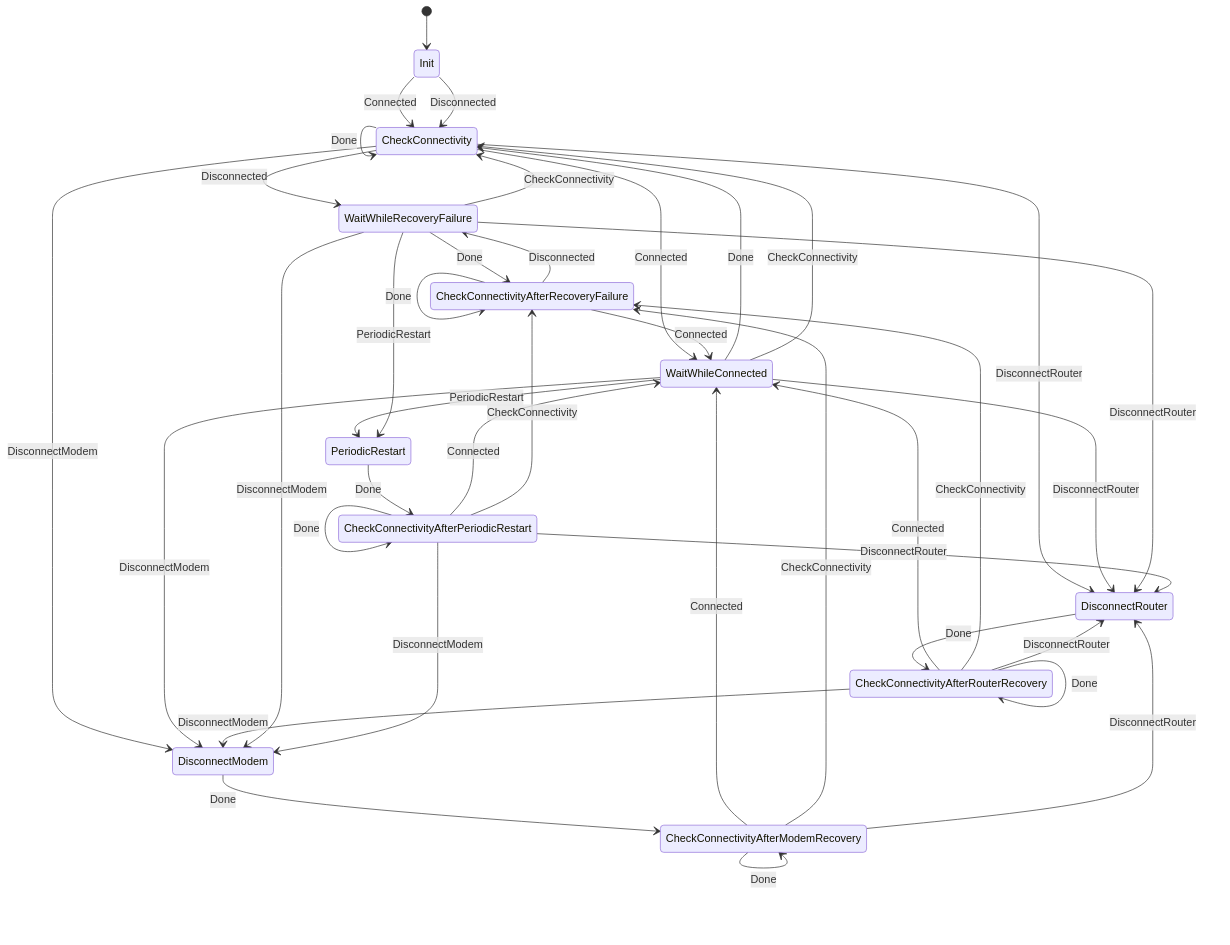
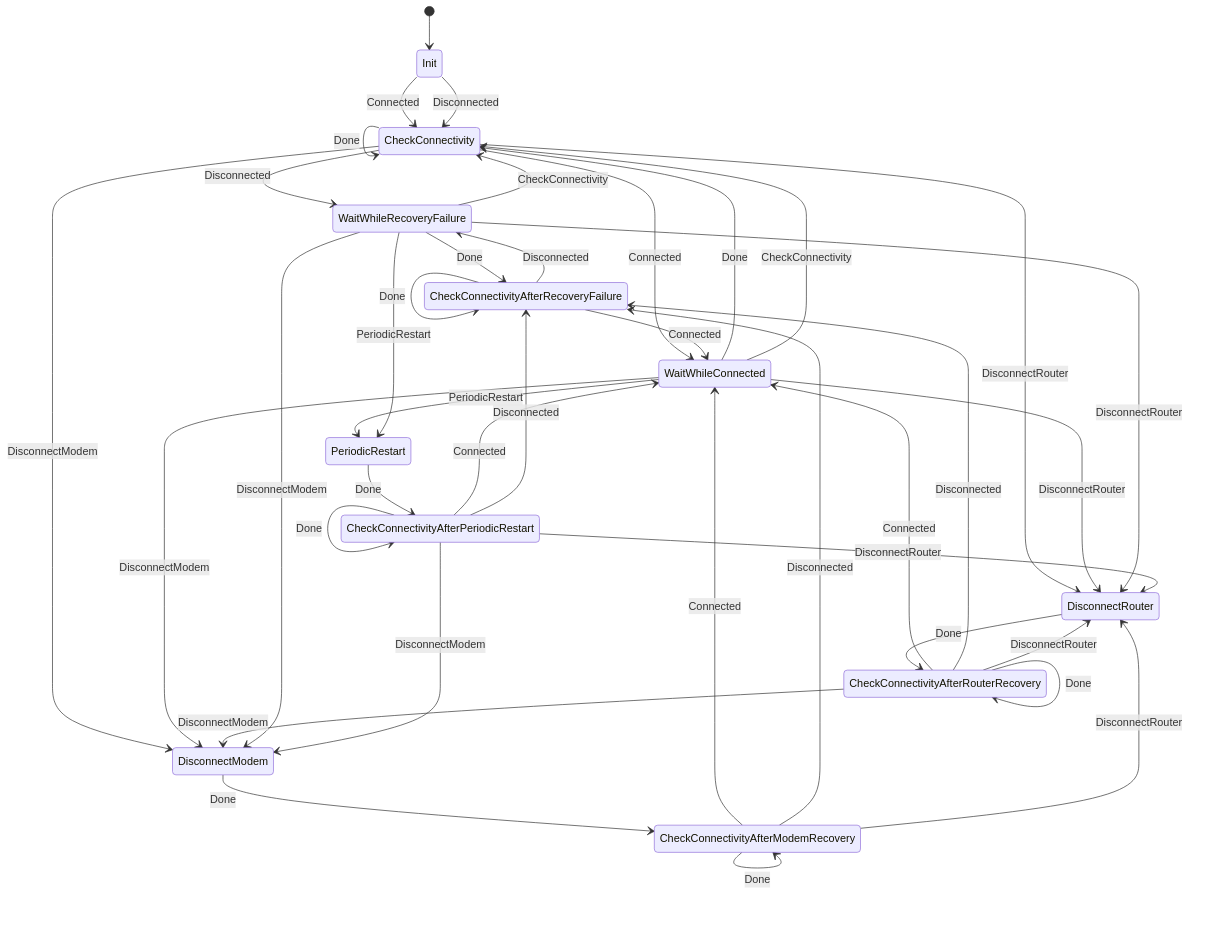
Before and after one commit to boazf/IWG: the diagram in images/recovery_state_machine.md, drawn with Mermaid. The commit also changed 3 other files, not shown here.

````diff
--- a/images/recovery_state_machine.md
+++ b/images/recovery_state_machine.md
@@ -3,41 +3,41 @@
 ```mermaid
 stateDiagram-v2
     [*] --> Init
     Init --> CheckConnectivity : Connected
     Init --> CheckConnectivity : Disconnected
     CheckConnectivity --> WaitWhileRecoveryFailure : Disconnected
     CheckConnectivity --> CheckConnectivity : Done
     CheckConnectivity --> WaitWhileConnected : Connected
     CheckConnectivity --> DisconnectRouter : DisconnectRouter
     CheckConnectivity --> DisconnectModem : DisconnectModem
     WaitWhileConnected --> CheckConnectivity : Done
     WaitWhileConnected --> DisconnectRouter : DisconnectRouter
     WaitWhileConnected --> DisconnectModem : DisconnectModem
     WaitWhileConnected --> CheckConnectivity : CheckConnectivity
     WaitWhileConnected --> PeriodicRestart : PeriodicRestart
     DisconnectRouter --> CheckConnectivityAfterRouterRecovery : Done
     CheckConnectivityAfterRouterRecovery --> CheckConnectivityAfterRouterRecovery : Done
     CheckConnectivityAfterRouterRecovery --> WaitWhileConnected : Connected
-    CheckConnectivityAfterRouterRecovery --> CheckConnectivityAfterRecoveryFailure : CheckConnectivity
+    CheckConnectivityAfterRouterRecovery --> CheckConnectivityAfterRecoveryFailure : Disconnected
     CheckConnectivityAfterRouterRecovery --> DisconnectModem : DisconnectModem
     CheckConnectivityAfterRouterRecovery --> DisconnectRouter : DisconnectRouter
     DisconnectModem --> CheckConnectivityAfterModemRecovery : Done
     CheckConnectivityAfterModemRecovery --> CheckConnectivityAfterModemRecovery : Done
     CheckConnectivityAfterModemRecovery --> WaitWhileConnected : Connected
-    CheckConnectivityAfterModemRecovery --> CheckConnectivityAfterRecoveryFailure : CheckConnectivity
+    CheckConnectivityAfterModemRecovery --> CheckConnectivityAfterRecoveryFailure : Disconnected
     CheckConnectivityAfterModemRecovery --> DisconnectRouter : DisconnectRouter
     CheckConnectivityAfterRecoveryFailure --> CheckConnectivityAfterRecoveryFailure : Done
     CheckConnectivityAfterRecoveryFailure --> WaitWhileConnected : Connected
     CheckConnectivityAfterRecoveryFailure --> WaitWhileRecoveryFailure : Disconnected
     WaitWhileRecoveryFailure --> CheckConnectivityAfterRecoveryFailure : Done
     WaitWhileRecoveryFailure --> DisconnectRouter : DisconnectRouter
     WaitWhileRecoveryFailure --> DisconnectModem : DisconnectModem
     WaitWhileRecoveryFailure --> CheckConnectivity : CheckConnectivity
     WaitWhileRecoveryFailure --> PeriodicRestart : PeriodicRestart
     PeriodicRestart --> CheckConnectivityAfterPeriodicRestart : Done
     CheckConnectivityAfterPeriodicRestart --> CheckConnectivityAfterPeriodicRestart : Done
     CheckConnectivityAfterPeriodicRestart --> WaitWhileConnected : Connected
-    CheckConnectivityAfterPeriodicRestart --> CheckConnectivityAfterRecoveryFailure : CheckConnectivity
+    CheckConnectivityAfterPeriodicRestart --> CheckConnectivityAfterRecoveryFailure : Disconnected
     CheckConnectivityAfterPeriodicRestart --> DisconnectModem : DisconnectModem
     CheckConnectivityAfterPeriodicRestart --> DisconnectRouter : DisconnectRouter
 ```
````
